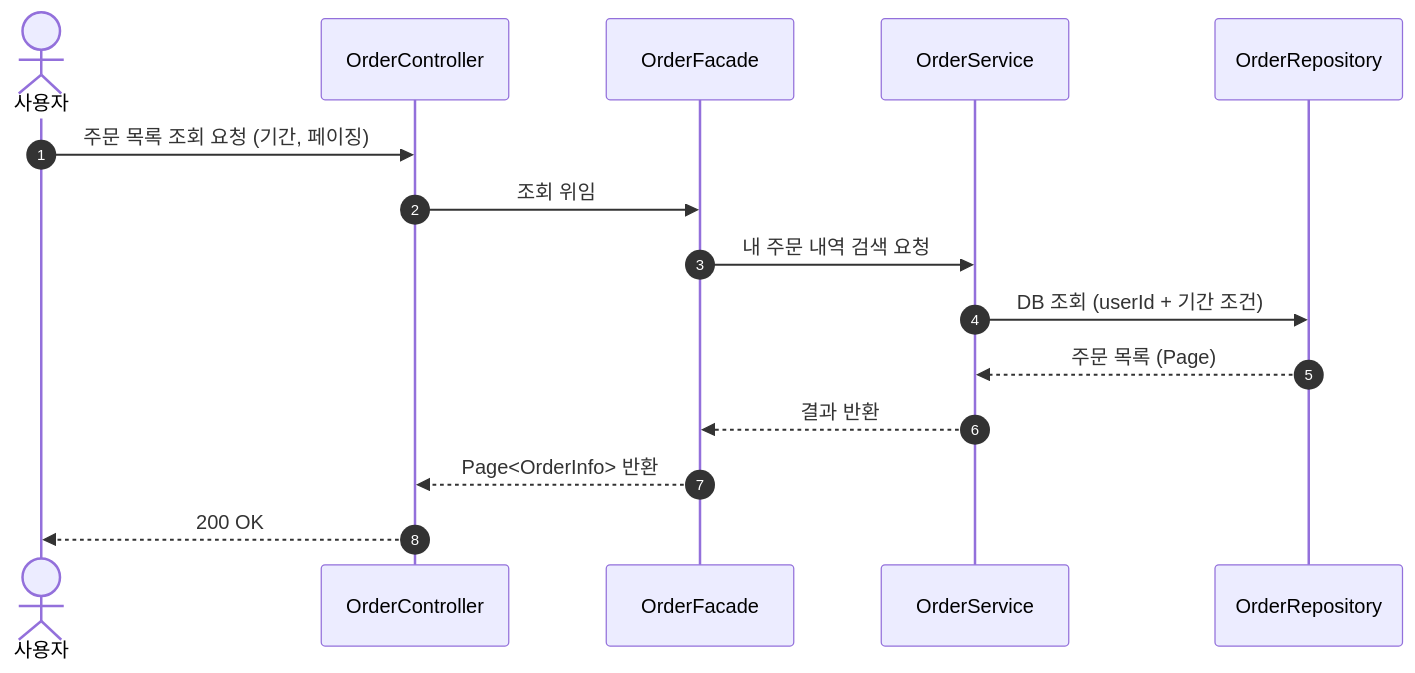
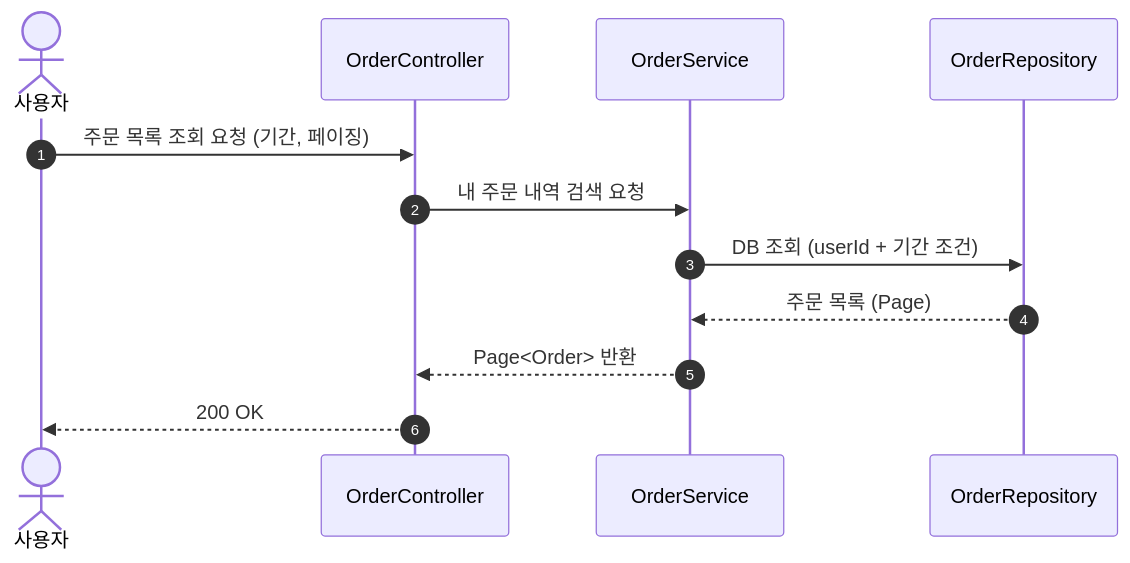
Diagram 18 of 21 in docs/design-v2/02-sequence-diagrams-v2.md (Loopers-dev-lab/loop-pack-be-l2-vol3-kotlin), drawn with Mermaid before and after one commit. The commit also changed other lines of this file and 6 other files, not shown here.

First line of the commit message:
docs: v2 설계 문서 2차 리뷰 반영 — 6건 이슈 해소, 플로우차트·마인드맵 추가

````diff
--- a/docs/design-v2/02-sequence-diagrams-v2.md
+++ b/docs/design-v2/02-sequence-diagrams-v2.md
@@ -550,17 +522,14 @@
 ```mermaid
 sequenceDiagram
     autonumber
     actor User as 사용자
     participant C as OrderController
-    participant F as OrderFacade
     participant OS as OrderService
     participant R as OrderRepository
     User ->> C: 주문 목록 조회 요청 (기간, 페이징)
-    C ->> F: 조회 위임
-    F ->> OS: 내 주문 내역 검색 요청
+    C ->> OS: 내 주문 내역 검색 요청
     OS ->> R: DB 조회 (userId + 기간 조건)
     R -->> OS: 주문 목록 (Page)
-    OS -->> F: 결과 반환
-    F -->> C: Page<OrderInfo> 반환
+    OS -->> C: Page<Order> 반환
     C -->> User: 200 OK
 ```
````
